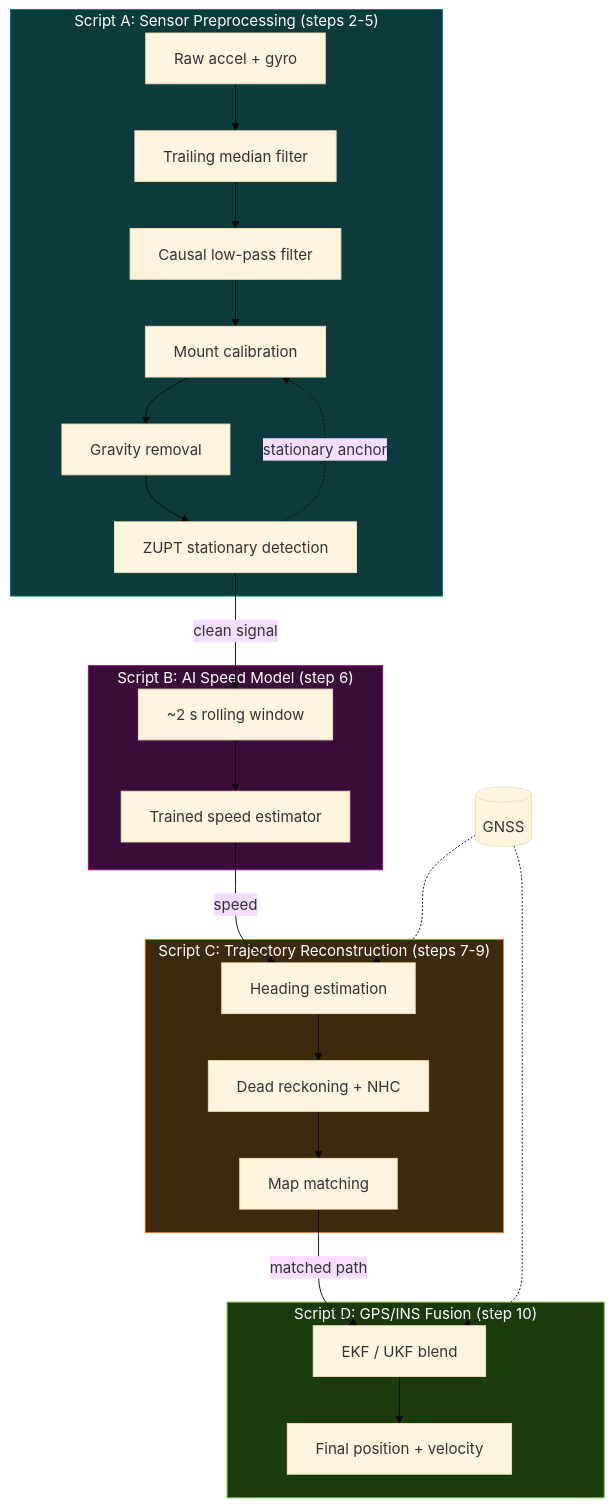
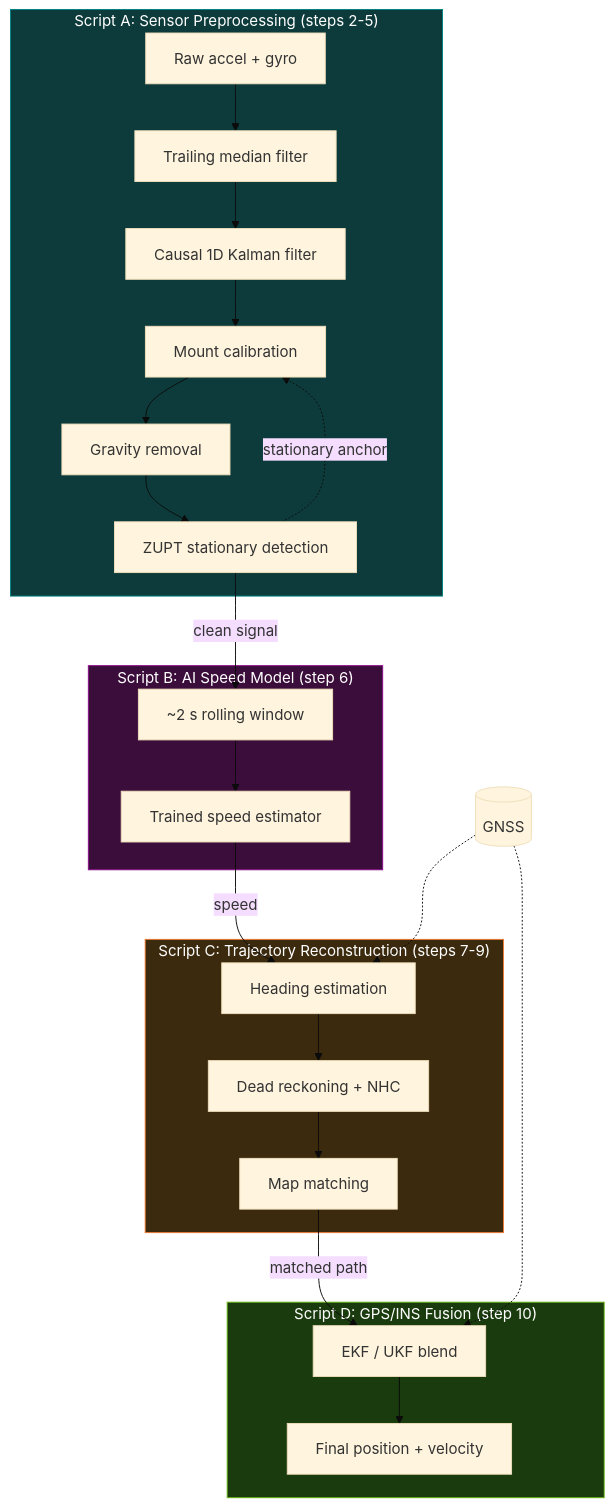
The fourth of 8 diagrams in README.md (Team-TechGen-NITC/IMU-Dead-Reckoning), drawn with Mermaid (base theme) before and after one commit. The commit also changed other lines of this file, not shown here.

````diff
--- a/README.md
+++ b/README.md
@@ -123,32 +126,32 @@
 ```mermaid
 flowchart TB
     subgraph A["Script A: Sensor Preprocessing (steps 2-5)"]
         A1["Raw accel + gyro"] --> A2["Trailing median filter"]
-        A2 --> A3["Causal low-pass filter"]
+        A2 --> A3["Causal 1D Kalman filter"]
         A3 --> A4["Mount calibration"]
         A4 --> A5["Gravity removal"]
         A5 --> A6["ZUPT stationary detection"]
     end
     subgraph B["Script B: AI Speed Model (step 6)"]
         B1["~2 s rolling window"] --> B2["Trained speed estimator"]
     end
     subgraph C["Script C: Trajectory Reconstruction (steps 7-9)"]
         C1["Heading estimation"] --> C2["Dead reckoning + NHC"]
         C2 --> C3["Map matching"]
     end
     subgraph D["Script D: GPS/INS Fusion (step 10)"]
         D1["EKF / UKF blend"] --> D2["Final position + velocity"]
     end
 
     A6 -->|"clean signal"| B1
     B2 -->|"speed"| C1
     C3 -->|"matched path"| D1
     A6 -.->|"stationary anchor"| A4
     GPS[("GNSS")] -.-> C1
     GPS -.-> D1
 
     style A fill:#0d3b3b,stroke:#008080,color:#fff
     style B fill:#3b0d3b,stroke:#8e0a8e,color:#fff
     style C fill:#3b2a0d,stroke:#f07a30,color:#fff
     style D fill:#1a3b0d,stroke:#66b512,color:#fff
 ```
````
